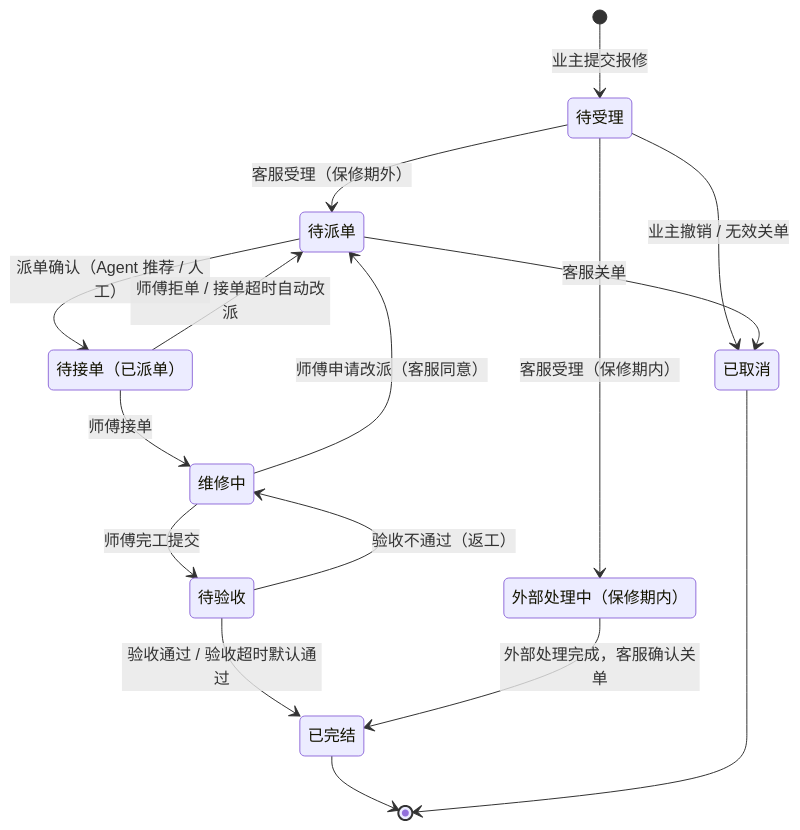
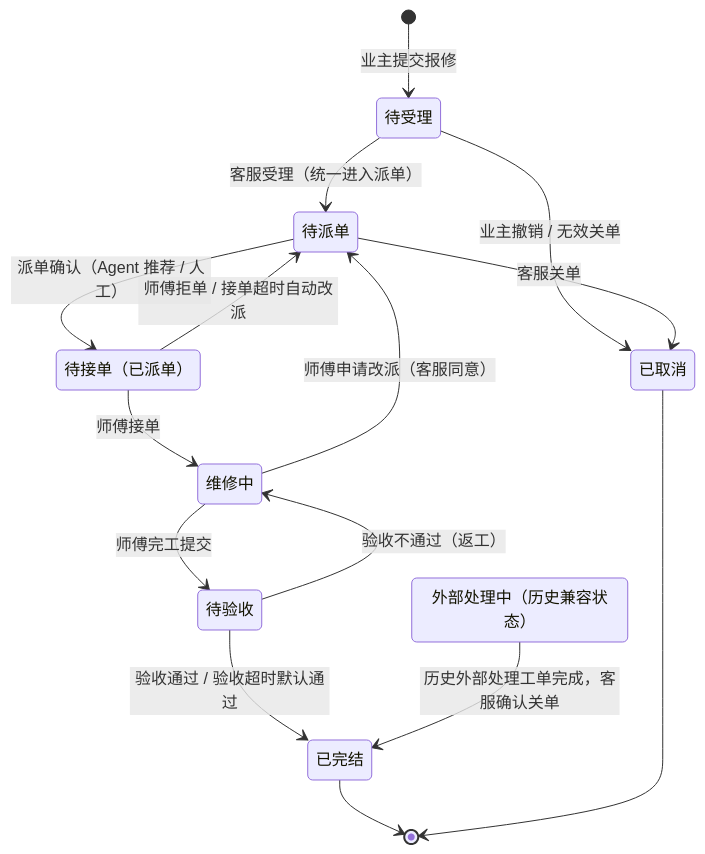
The first of 7 diagrams in docs/03-业务流程分析.md (Zayu2005/WarrantyPro), drawn with Mermaid before and after one commit. The commit also changed other lines of this file and 14 other files, not shown here.

````diff
--- a/docs/03-业务流程分析.md
+++ b/docs/03-业务流程分析.md
@@ -10,27 +10,26 @@
 ```mermaid
 stateDiagram-v2
     SUBMITTED: 待受理
     PENDING_DISPATCH: 待派单
-    EXTERNAL_PROCESSING: 外部处理中（保修期内）
+    EXTERNAL_PROCESSING: 外部处理中（历史兼容状态）
     DISPATCHED: 待接单（已派单）
     IN_PROGRESS: 维修中
     PENDING_CONFIRM: 待验收
     COMPLETED: 已完结
     CANCELLED: 已取消
 
     [*] --> SUBMITTED: 业主提交报修
-    SUBMITTED --> PENDING_DISPATCH: 客服受理（保修期外）
-    SUBMITTED --> EXTERNAL_PROCESSING: 客服受理（保修期内）
+    SUBMITTED --> PENDING_DISPATCH: 客服受理（统一进入派单）
     SUBMITTED --> CANCELLED: 业主撤销 / 无效关单
     PENDING_DISPATCH --> DISPATCHED: 派单确认（Agent 推荐 / 人工）
     PENDING_DISPATCH --> CANCELLED: 客服关单
     DISPATCHED --> IN_PROGRESS: 师傅接单
     DISPATCHED --> PENDING_DISPATCH: 师傅拒单 / 接单超时自动改派
     IN_PROGRESS --> PENDING_CONFIRM: 师傅完工提交
     IN_PROGRESS --> PENDING_DISPATCH: 师傅申请改派（客服同意）
     PENDING_CONFIRM --> COMPLETED: 验收通过 / 验收超时默认通过
     PENDING_CONFIRM --> IN_PROGRESS: 验收不通过（返工）
-    EXTERNAL_PROCESSING --> COMPLETED: 外部处理完成，客服确认关单
+    EXTERNAL_PROCESSING --> COMPLETED: 历史外部处理工单完成，客服确认关单
     COMPLETED --> [*]
     CANCELLED --> [*]
 ```
````
